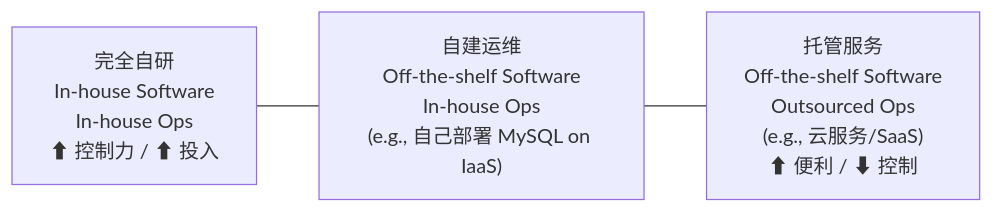
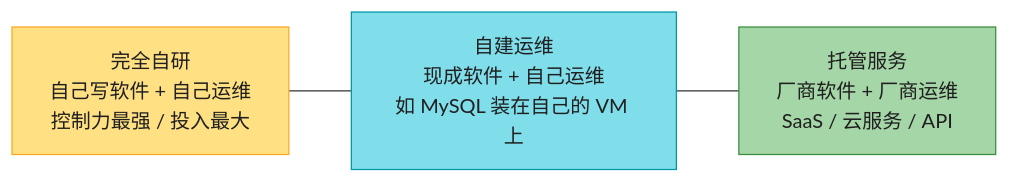
Before and after one commit to socoo123/ddia_2nd: the seventh of 14 diagrams in ch01-数据系统架构的权衡取舍.md, drawn with Mermaid. The commit also changed other lines of this file and 8 other files, not shown here.

First line of the commit message:
重写 ch01-ch09 读书笔记：风格统一 + 内容扩充 + 大量图表

````diff
--- a/ch01-数据系统架构的权衡取舍.md
+++ b/ch01-数据系统架构的权衡取舍.md
@@ -206,8 +281,12 @@
 ```mermaid
-graph LR
-    A["完全自研<br/>In-house Software<br/>In-house Ops<br/>⬆ 控制力 / ⬆ 投入"]
-    B["自建运维<br/>Off-the-shelf Software<br/>In-house Ops<br/>(e.g., 自己部署 MySQL on IaaS)"]
-    C["托管服务<br/>Off-the-shelf Software<br/>Outsourced Ops<br/>(e.g., 云服务/SaaS)<br/>⬆ 便利 / ⬇ 控制"]
+flowchart LR
+    A["完全自研<br/>自己写软件 + 自己运维<br/>控制力最强 / 投入最大"]
+    B["自建运维<br/>现成软件 + 自己运维<br/>如 MySQL 装在自己的 VM 上"]
+    C["托管服务<br/>厂商软件 + 厂商运维<br/>SaaS / 云服务 / API"]
 
     A --- B --- C
+
+    style A fill:#FFE082,stroke:#F9A825,color:#1f1f1f
+    style B fill:#80DEEA,stroke:#0097A7,color:#1f1f1f
+    style C fill:#A5D6A7,stroke:#388E3C,color:#1f1f1f
 ```
````
